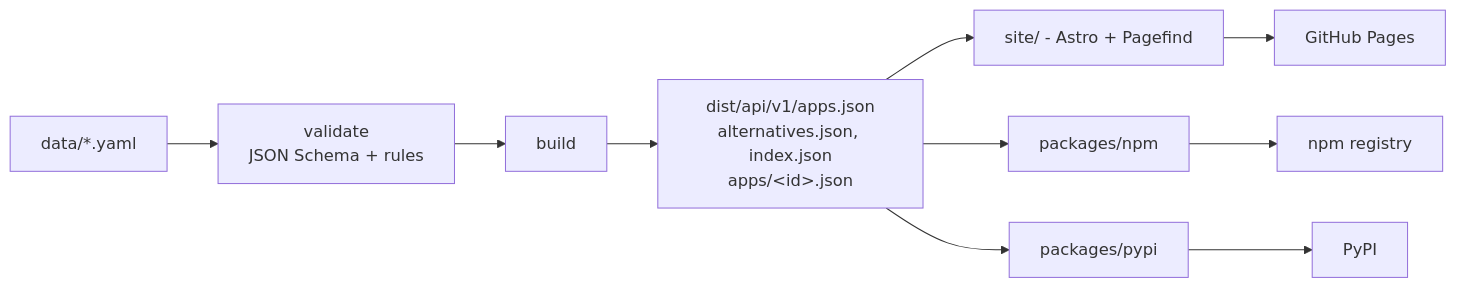
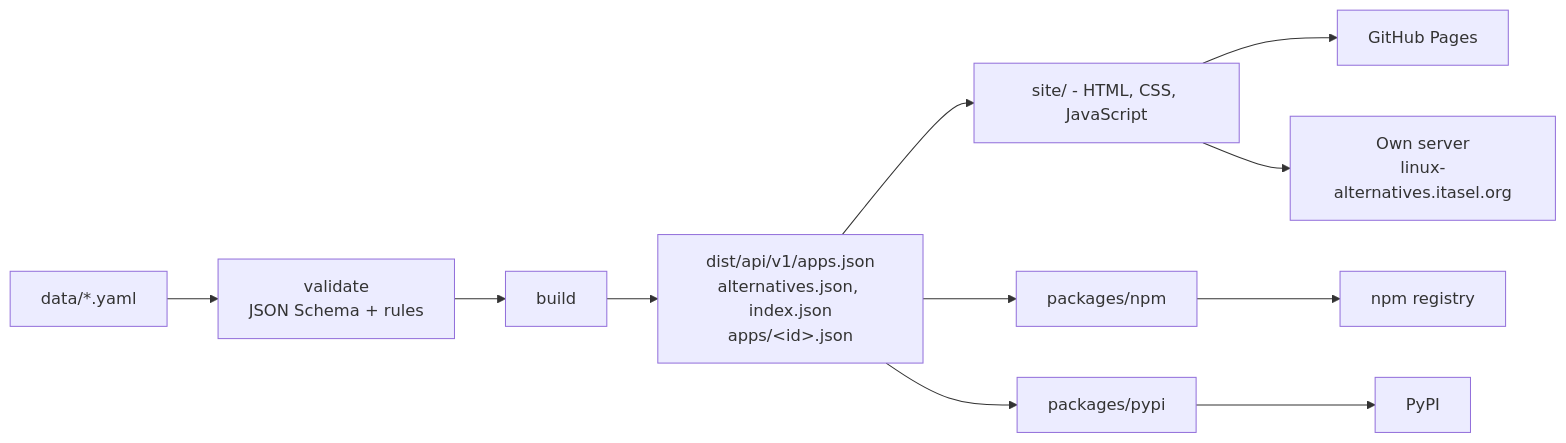
Before and after one commit to misetic99/linux-alternatives: the second of 3 diagrams in docs/ARCHITECTURE.md, drawn with Mermaid. The commit also changed other lines of this file and 15 other files, not shown here.

````diff
--- a/docs/ARCHITECTURE.md
+++ b/docs/ARCHITECTURE.md
@@ -124,12 +127,13 @@
 ```mermaid
 flowchart LR
     Y[data/*.yaml] --> V[validate<br/>JSON Schema + rules]
     V --> B[build]
     B --> J[dist/api/v1/apps.json<br/>alternatives.json, index.json<br/>apps/&lt;id&gt;.json]
-    J --> S[site/ - Astro + Pagefind]
+    J --> S[site/ - HTML, CSS, JavaScript]
     J --> N[packages/npm]
     J --> P[packages/pypi]
     S --> GH[GitHub Pages]
+    S --> OWN[Own server<br/>linux-alternatives.itasel.org]
     N --> NPM[npm registry]
     P --> PYPI[PyPI]
 ```
````
